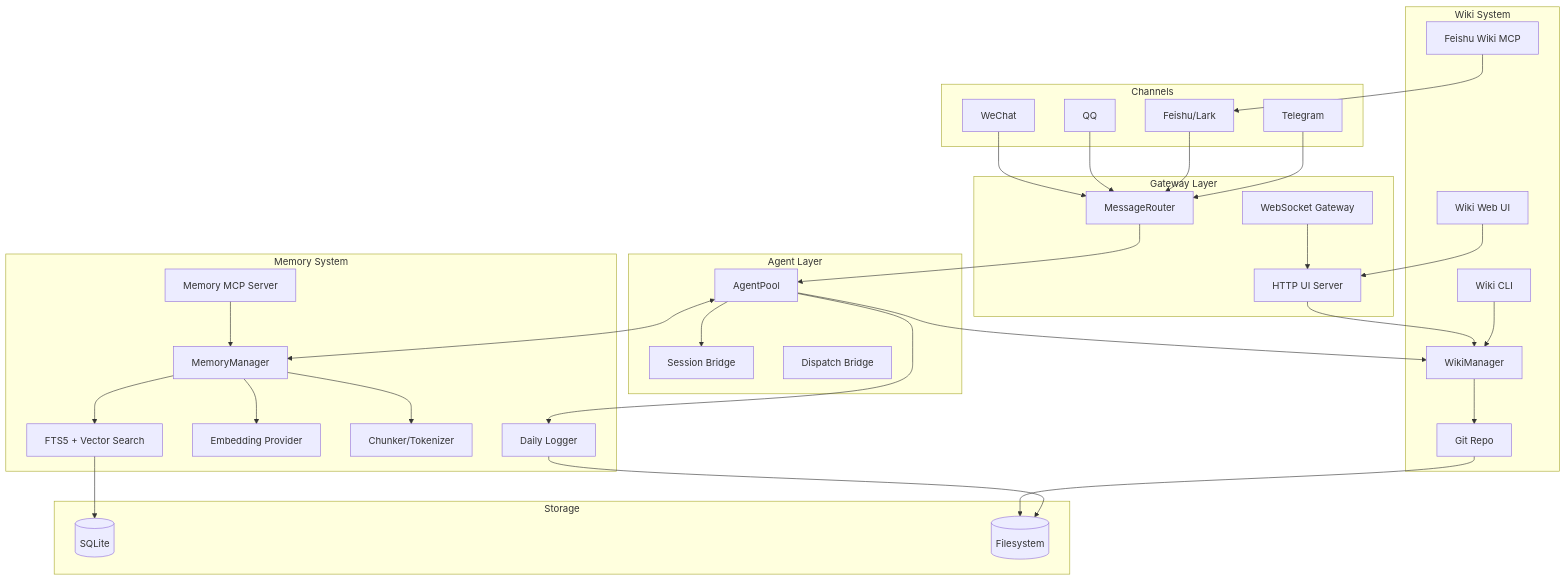
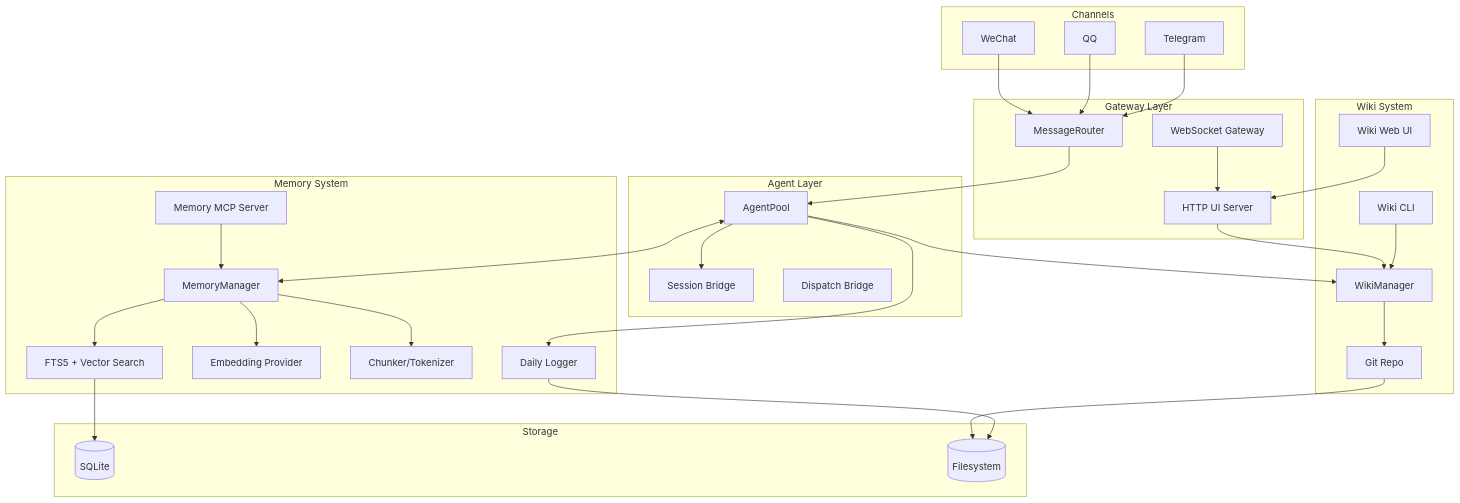
Before and after one commit to NortonBen/SenClaw: the first of 10 diagrams in docs/memory.md, drawn with Mermaid. The commit also changed other lines of this file and 14 other files, not shown here.

Commit message:
refactor: replace Feishu wiki MCP server with a local git-backed Wiki MCP server, enhancing wiki management capabilities and streamlining integration with the existing system

````diff
--- a/docs/memory.md
+++ b/docs/memory.md
@@ -29,66 +29,63 @@
 ```mermaid
 graph TB
     subgraph "Channels"
         TG[Telegram]
-        FS[Feishu/Lark]
         QQ[QQ]
         WX[WeChat]
     end
 
     subgraph "Gateway Layer"
         MR[MessageRouter]
         WS[WebSocket Gateway]
         UI[HTTP UI Server]
     end
 
     subgraph "Agent Layer"
         AP[AgentPool]
         SB[Session Bridge]
         DB[Dispatch Bridge]
     end
 
     subgraph "Memory System"
         MM[MemoryManager]
         FTS[FTS5 + Vector Search]
         EMB[Embedding Provider]
         CHK[Chunker/Tokenizer]
         DL[Daily Logger]
         MEM_MCP[Memory MCP Server]
     end
 
     subgraph "Wiki System"
         WM[WikiManager]
         GIT[Git Repo]
-        FW_MCP[Feishu Wiki MCP]
         WUI[Wiki Web UI]
         WCLI[Wiki CLI]
     end
 
     subgraph "Storage"
         SQLITE[(SQLite)]
         DISK[(Filesystem)]
     end
 
-    TG & FS & QQ & WX --> MR
+    TG & QQ & WX --> MR
     MR --> AP
     AP --> SB
     AP <--> MM
     AP --> DL
     MM --> FTS
     MM --> EMB
     MM --> CHK
     FTS --> SQLITE
     DL --> DISK
 
     AP --> WM
     WM --> GIT
     GIT --> DISK
     WCLI --> WM
     WUI --> UI
     UI --> WM
 
     MEM_MCP --> MM
-    FW_MCP --> FS
 
     WS --> UI
 ```
````
